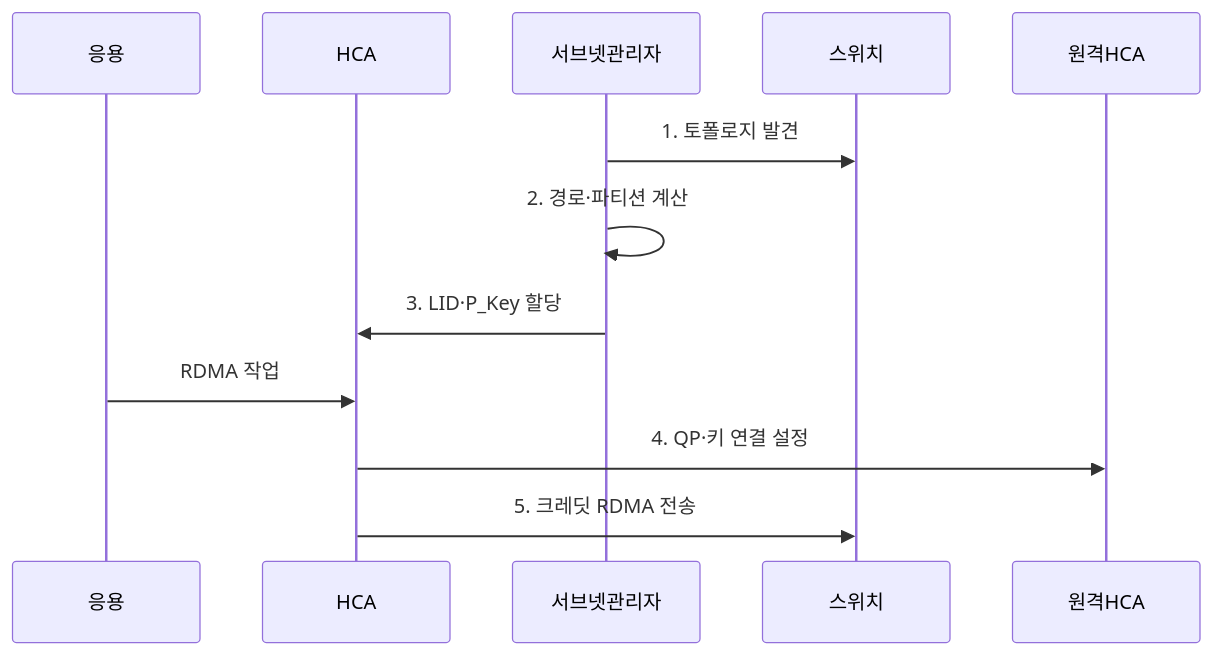
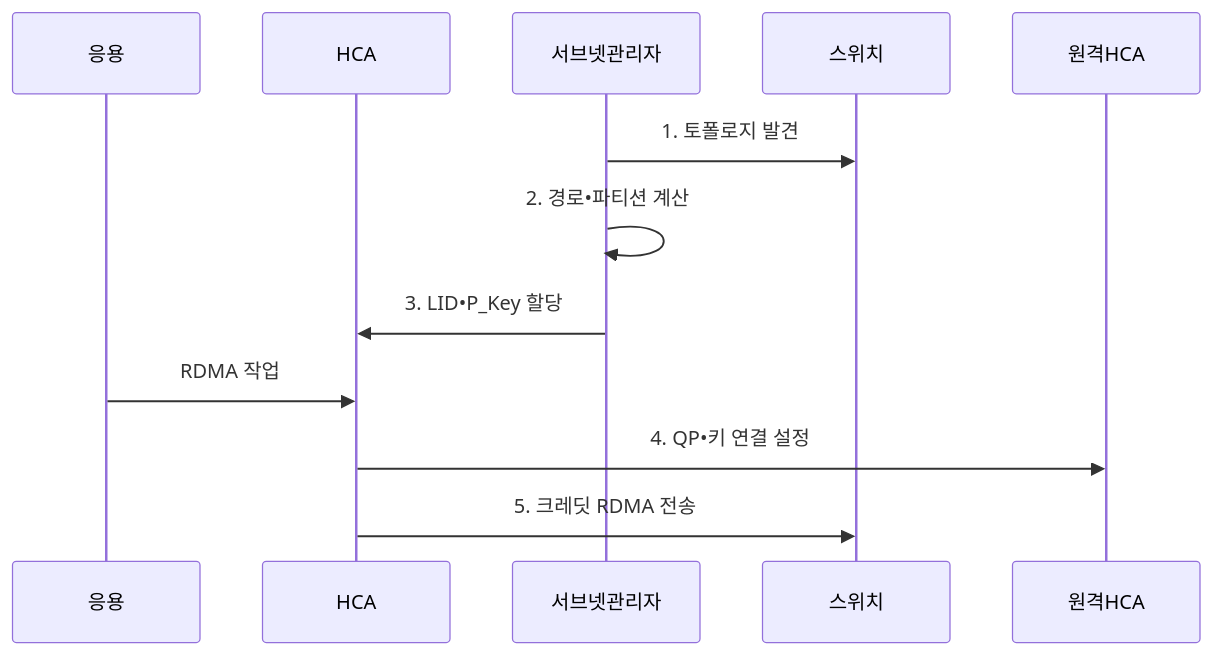
One commit to agnusdei1207/knowledge-base changed the second of 2 diagrams in src/content/docs/notes/04-network/104_infiniband_cluster.md. Above: the diagram before and after it, drawn with Mermaid. The commit also changed other lines of this file and 953 other files, not shown here.

````diff
--- a/src/content/docs/notes/04-network/104_infiniband_cluster.md
+++ b/src/content/docs/notes/04-network/104_infiniband_cluster.md
@@ -101,14 +101,14 @@
 ```mermaid
 sequenceDiagram
     participant 응용
     participant HCA
     participant 서브넷관리자
     participant 스위치
     participant 원격HCA
     서브넷관리자->>스위치: 1. 토폴로지 발견
-    서브넷관리자->>서브넷관리자: 2. 경로·파티션 계산
-    서브넷관리자->>HCA: 3. LID·P_Key 할당
+    서브넷관리자->>서브넷관리자: 2. 경로•파티션 계산
+    서브넷관리자->>HCA: 3. LID•P_Key 할당
     응용->>HCA: RDMA 작업
-    HCA->>원격HCA: 4. QP·키 연결 설정
+    HCA->>원격HCA: 4. QP•키 연결 설정
     HCA->>스위치: 5. 크레딧 RDMA 전송
 ```
````
